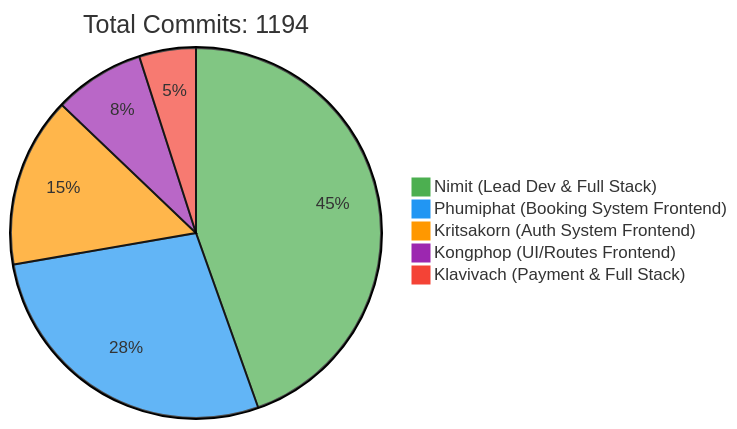
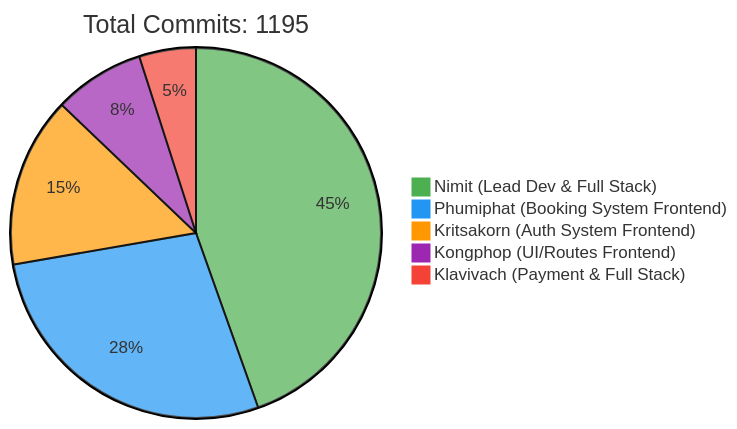
Before and after one commit to 6531503042/Sport-Complex: the first of 2 diagrams in README.md, drawn with Mermaid. The commit also changed other lines of this file, not shown here.

Commit message:
docs: Update contributor statistics [skip ci]

````diff
--- a/README.md
+++ b/README.md
@@ -257,10 +257,10 @@
 ```mermaid
 %%{init: {'theme': 'base', 'themeVariables': { 'pie1': '#4CAF50', 'pie2': '#2196F3', 'pie3': '#FF9800', 'pie4': '#9C27B0', 'pie5': '#F44336'}}}%%
 pie
-    title Total Commits: 1194
+    title Total Commits: 1195
     "Nimit (Lead Dev & Full Stack)" : 450
     "Phumiphat (Booking System Frontend)" : 280
     "Kritsakorn (Auth System Frontend)" : 150
     "Kongphop (UI/Routes Frontend)" : 80
     "Klavivach (Payment & Full Stack)" : 50
 ```
````
